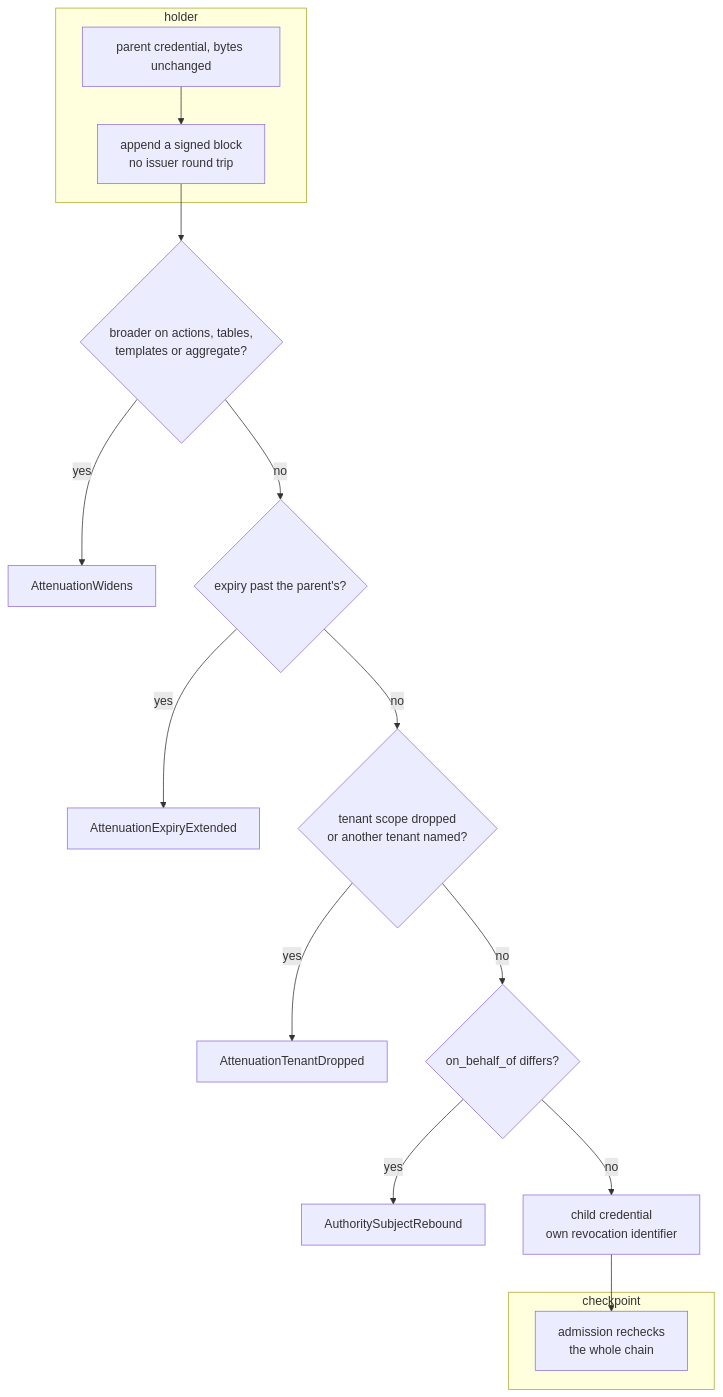
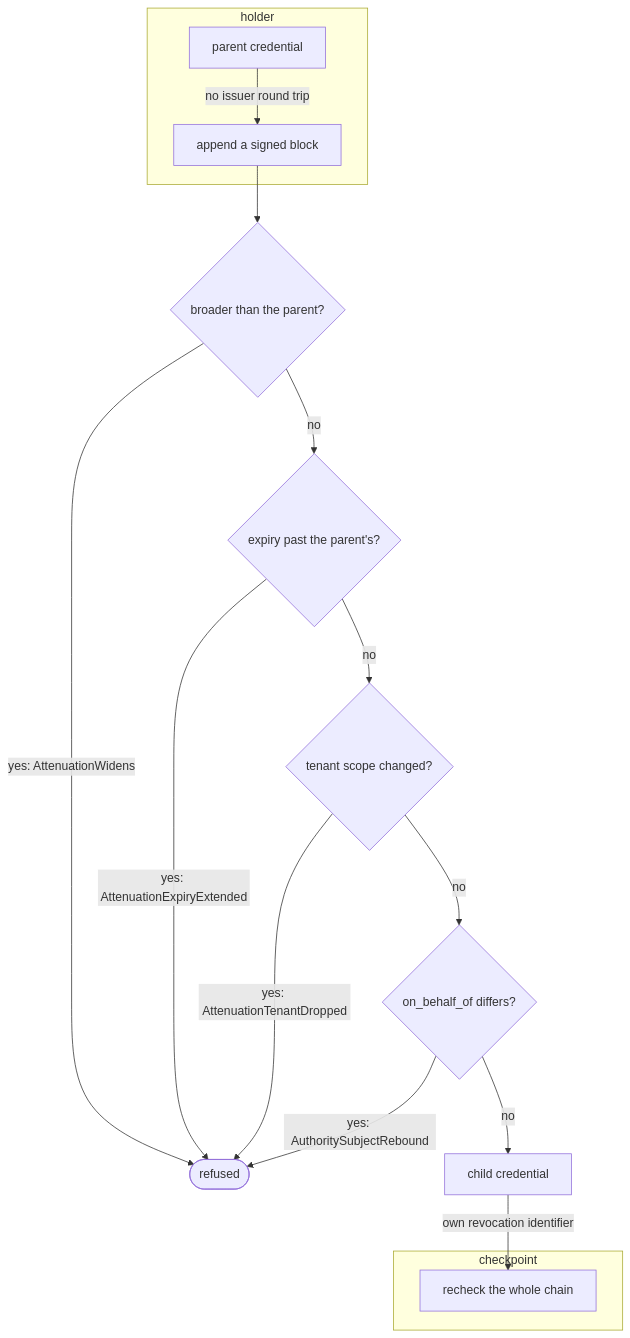
The second of 5 diagrams in spec/50-authority.md (fractalboxdev/contextful), drawn with Mermaid before and after one commit. The commit also changed other lines of this file and 24 other files, not shown here.

First line of the commit message:
spec: every flowchart draws one entity or process per node

````diff
--- a/spec/50-authority.md
+++ b/spec/50-authority.md
@@ -211,19 +211,19 @@
 ```mermaid
 flowchart TD
   subgraph HOLD["holder"]
-    P["parent credential, bytes unchanged"] --> D["append a signed block<br/>no issuer round trip"]
+    P["parent credential"] -- "no issuer round trip" --> D["append a signed block"]
   end
-  D --> W{"broader on actions, tables,<br/>templates or aggregate?"}
-  W -- yes --> R1["AttenuationWidens"]
+  D --> W{"broader than the parent?"}
+  W -- "yes: AttenuationWidens" --> R(["refused"])
   W -- no --> X{"expiry past the parent's?"}
-  X -- yes --> R2["AttenuationExpiryExtended"]
-  X -- no --> T{"tenant scope dropped<br/>or another tenant named?"}
-  T -- yes --> R3["AttenuationTenantDropped"]
+  X -- "yes: AttenuationExpiryExtended" --> R
+  X -- no --> T{"tenant scope changed?"}
+  T -- "yes: AttenuationTenantDropped" --> R
   T -- no --> O{"on_behalf_of differs?"}
-  O -- yes --> R4["AuthoritySubjectRebound"]
-  O -- no --> C["child credential<br/>own revocation identifier"]
+  O -- "yes: AuthoritySubjectRebound" --> R
+  O -- no --> C["child credential"]
   subgraph CPZ["checkpoint"]
-    CP["admission rechecks<br/>the whole chain"]
+    CP["recheck the whole chain"]
   end
-  C --> CP
+  C -- "own revocation identifier" --> CP
 ```
````
